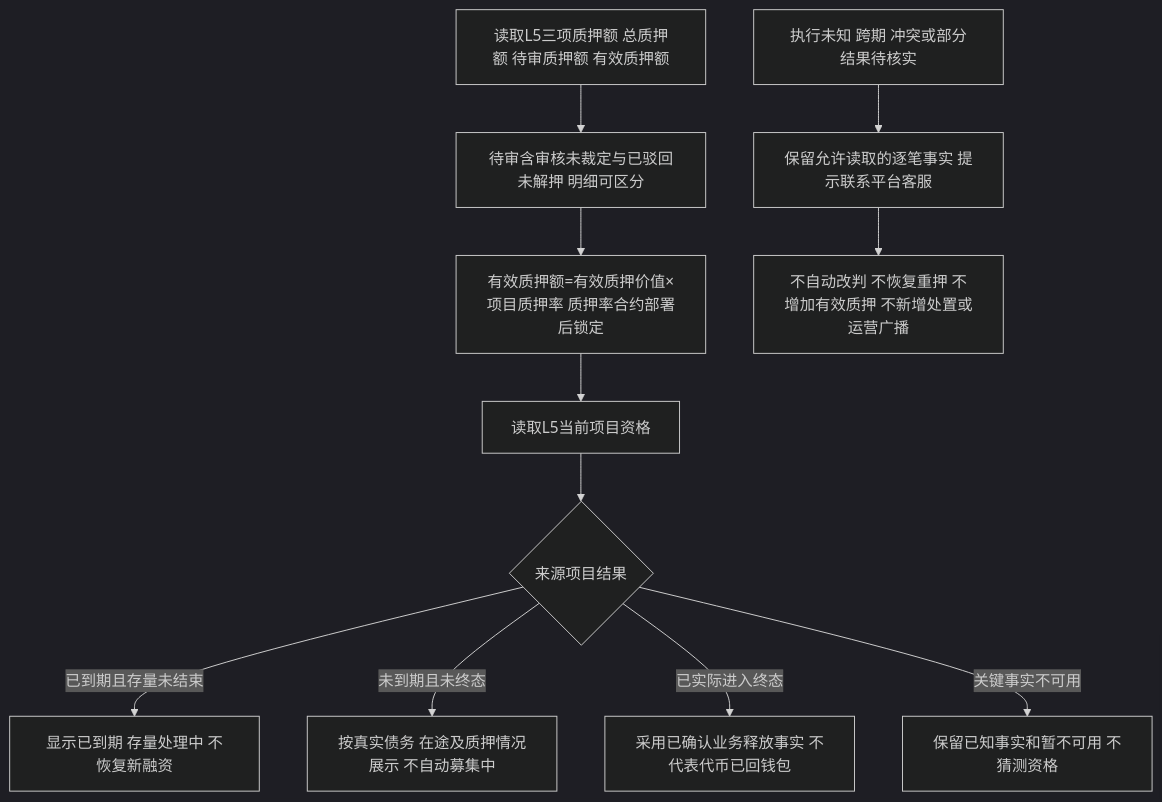
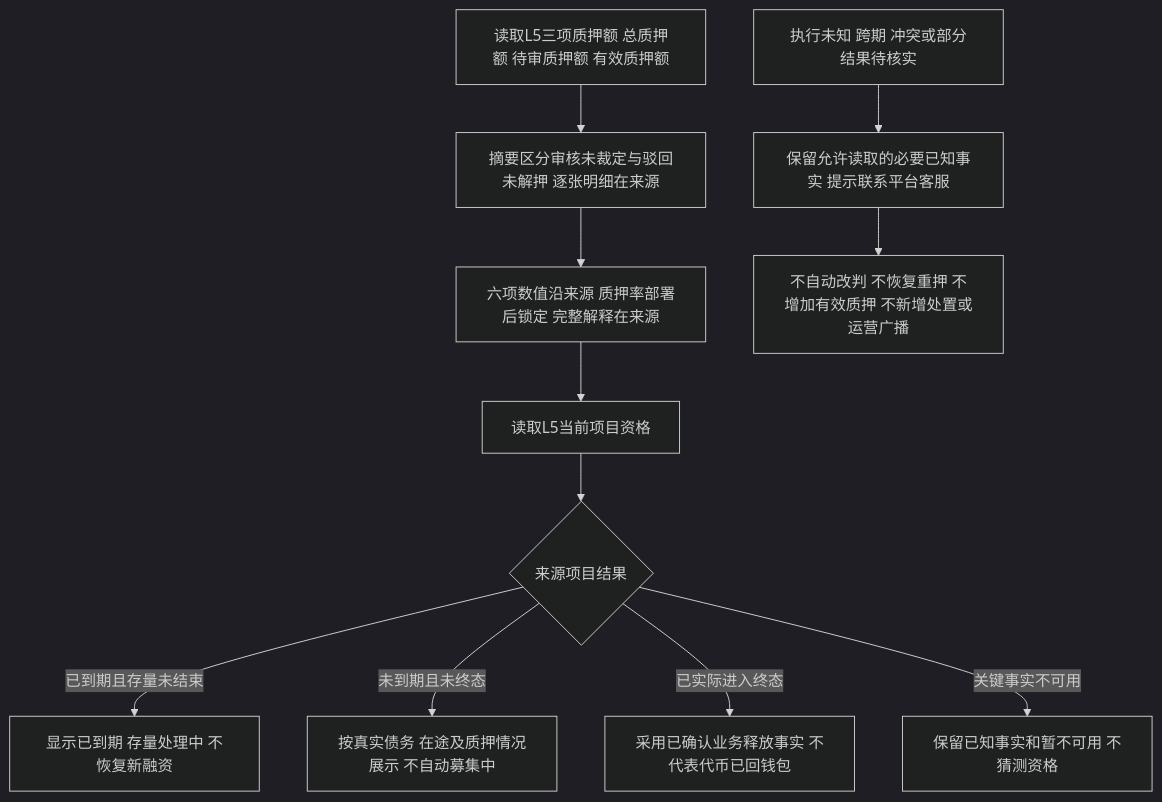
Before and after one commit to wxblockchain/Chain-Financing: diagram 11 of 11 in lending-platform/PRD/面客端/09-我的控制台/02-我的控制台-流程图与状态机.md, drawn with Mermaid (dark theme). The commit also changed other lines of this file and 11 other files, not shown here.

````diff
--- a/lending-platform/PRD/面客端/09-我的控制台/02-我的控制台-流程图与状态机.md
+++ b/lending-platform/PRD/面客端/09-我的控制台/02-我的控制台-流程图与状态机.md
@@ -295,13 +295,13 @@
 ```mermaid
 flowchart TD
-  A[读取L5三项质押额 总质押额 待审质押额 有效质押额] --> B[待审含审核未裁定与已驳回未解押 明细可区分]
-  B --> C[有效质押额=有效质押价值×项目质押率 质押率合约部署后锁定]
+  A[读取L5三项质押额 总质押额 待审质押额 有效质押额] --> B[摘要区分审核未裁定与驳回未解押 逐张明细在来源]
+  B --> C[六项数值沿来源 质押率部署后锁定 完整解释在来源]
   C --> D[读取L5当前项目资格]
   D --> E{来源项目结果}
   E -- 已到期且存量未结束 --> F[显示已到期 存量处理中 不恢复新融资]
   E -- 未到期且未终态 --> G[按真实债务 在途及质押情况展示 不自动募集中]
   E -- 已实际进入终态 --> H[采用已确认业务释放事实 不代表代币已回钱包]
   E -- 关键事实不可用 --> I[保留已知事实和暂不可用 不猜测资格]
-  J[执行未知 跨期 冲突或部分结果待核实] --> K[保留允许读取的逐笔事实 提示联系平台客服]
+  J[执行未知 跨期 冲突或部分结果待核实] --> K[保留允许读取的必要已知事实 提示联系平台客服]
   K --> L[不自动改判 不恢复重押 不增加有效质押 不新增处置或运营广播]
 ```
````
